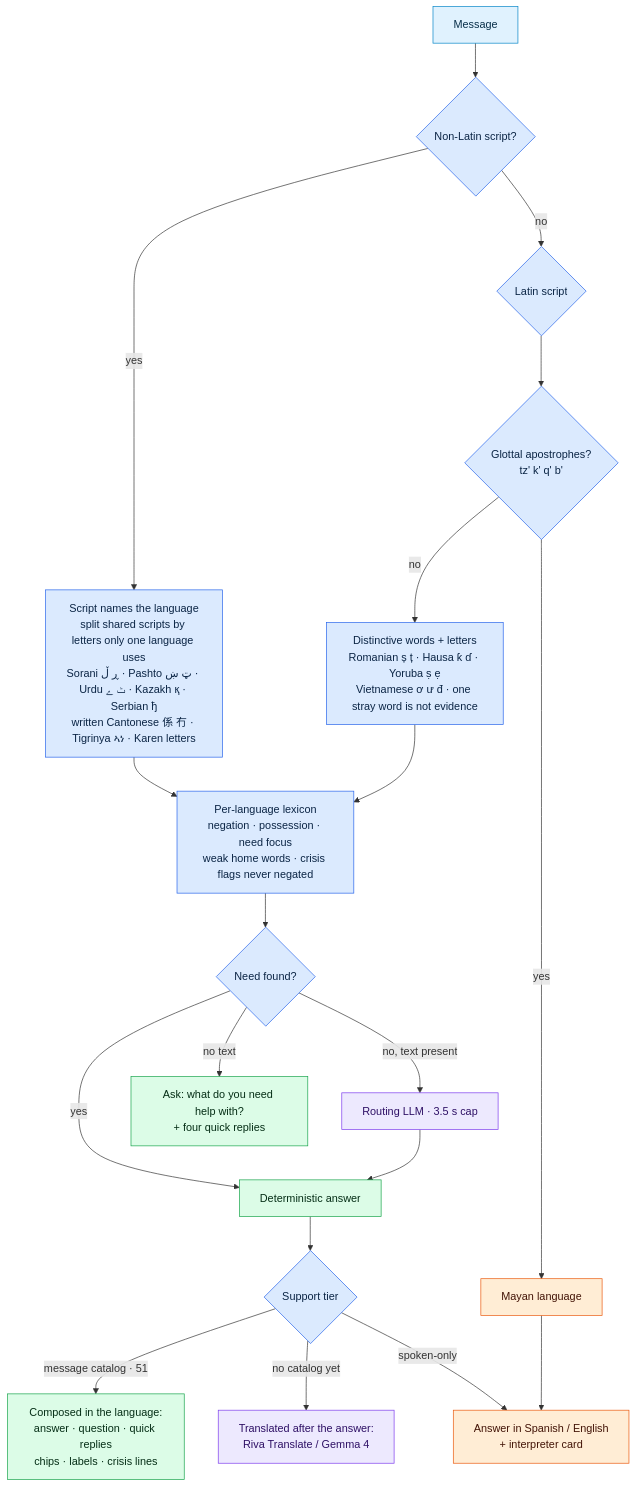
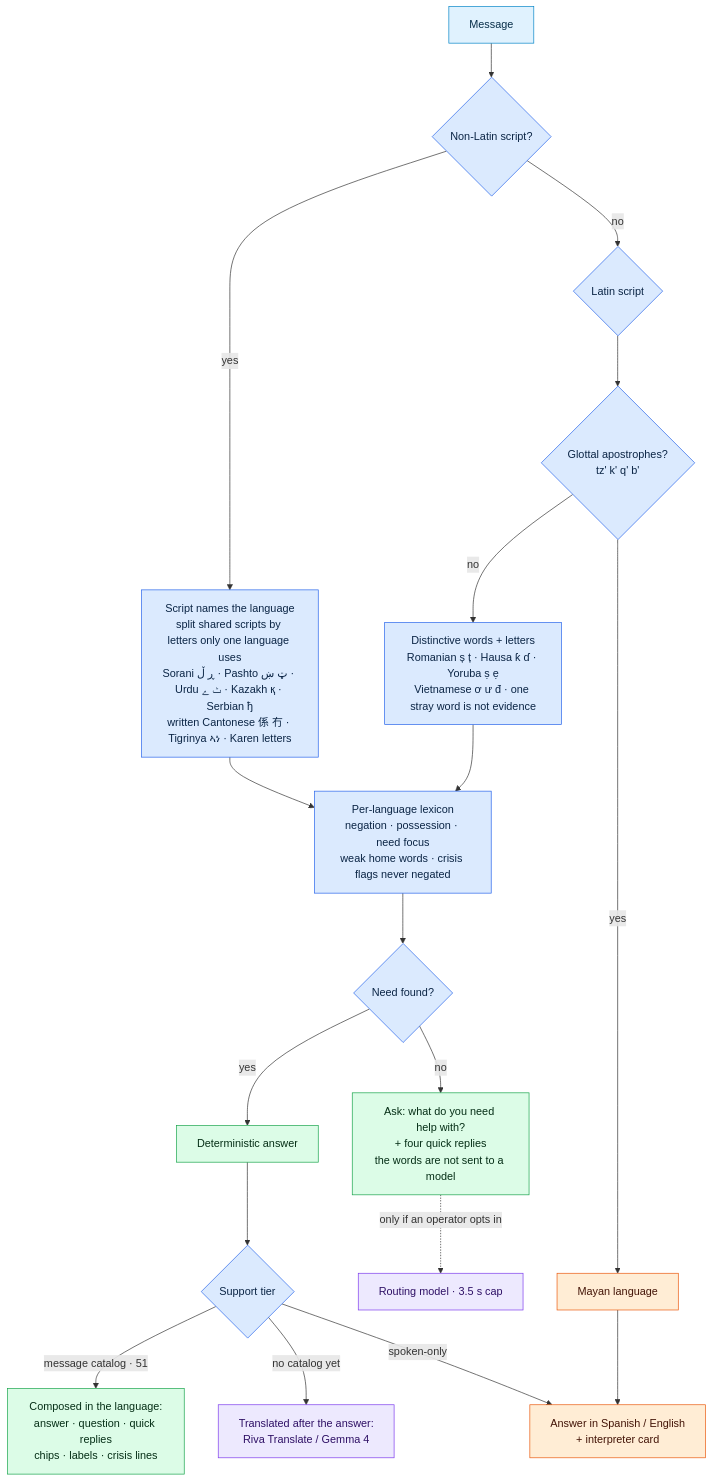
One commit to Anbu-00001/CivicMesh changed the fourth of 11 diagrams in README.md. Above: the diagram before and after it, drawn with Mermaid. The commit also changed other lines of this file and 24 other files, not shown here.

````diff
--- a/README.md
+++ b/README.md
@@ -212,27 +218,27 @@
 ```mermaid
 flowchart TD
     M[Message]:::io --> S{Non-Latin script?}:::det
     S -->|yes| SS[Script names the language<br/>split shared scripts by letters only one language uses<br/>Sorani ڕ ڵ · Pashto ټ ښ · Urdu ٹ ے · Kazakh қ · Serbian ђ<br/>written Cantonese 係 冇 · Tigrinya ኣነ · Karen letters]:::det
     S -->|no| LM{Latin script}:::det
     LM --> MY{Glottal apostrophes?<br/>tz' k' q' b'}:::det
     MY -->|yes| MAYAN[Mayan language]:::human
     MY -->|no| MK[Distinctive words + letters<br/>Romanian ș ț · Hausa ƙ ɗ · Yoruba ṣ ẹ<br/>Vietnamese ơ ư đ · one stray word is not evidence]:::det
     SS --> RT
     MK --> RT[Per-language lexicon<br/>negation · possession · need focus<br/>weak home words · crisis flags never negated]:::det
     RT --> Q{Need found?}:::det
     Q -->|yes| ANS[Deterministic answer]:::ok
-    Q -->|no, text present| LLM[Routing LLM · 3.5 s cap]:::llm --> ANS
-    Q -->|no text| ASK[Ask: what do you need help with?<br/>+ four quick replies]:::ok
+    Q -->|no| ASK[Ask: what do you need help with?<br/>+ four quick replies<br/>the words are not sent to a model]:::ok
+    ASK -.->|only if an operator opts in| LLM[Routing model · 3.5 s cap]:::llm
     ANS --> TIER{Support tier}:::det
     TIER -->|message catalog · 51| NATIVE[Composed in the language:<br/>answer · question · quick replies<br/>chips · labels · crisis lines]:::ok
     TIER -->|no catalog yet| GEM[Translated after the answer:<br/>Riva Translate / Gemma 4]:::llm
     TIER -->|spoken-only| CARD[Answer in Spanish / English<br/>+ interpreter card]:::human
     MAYAN --> CARD
 
     classDef io fill:#e0f2fe,stroke:#0284c7,color:#082f49
     classDef det fill:#dbeafe,stroke:#2563eb,color:#0b2545
     classDef ok fill:#dcfce7,stroke:#16a34a,color:#052e16
     classDef llm fill:#ede9fe,stroke:#7c3aed,color:#2e1065
     classDef mt fill:#fae8ff,stroke:#a21caf,color:#4a044e
     classDef human fill:#ffedd5,stroke:#ea580c,color:#431407
 ```
````
